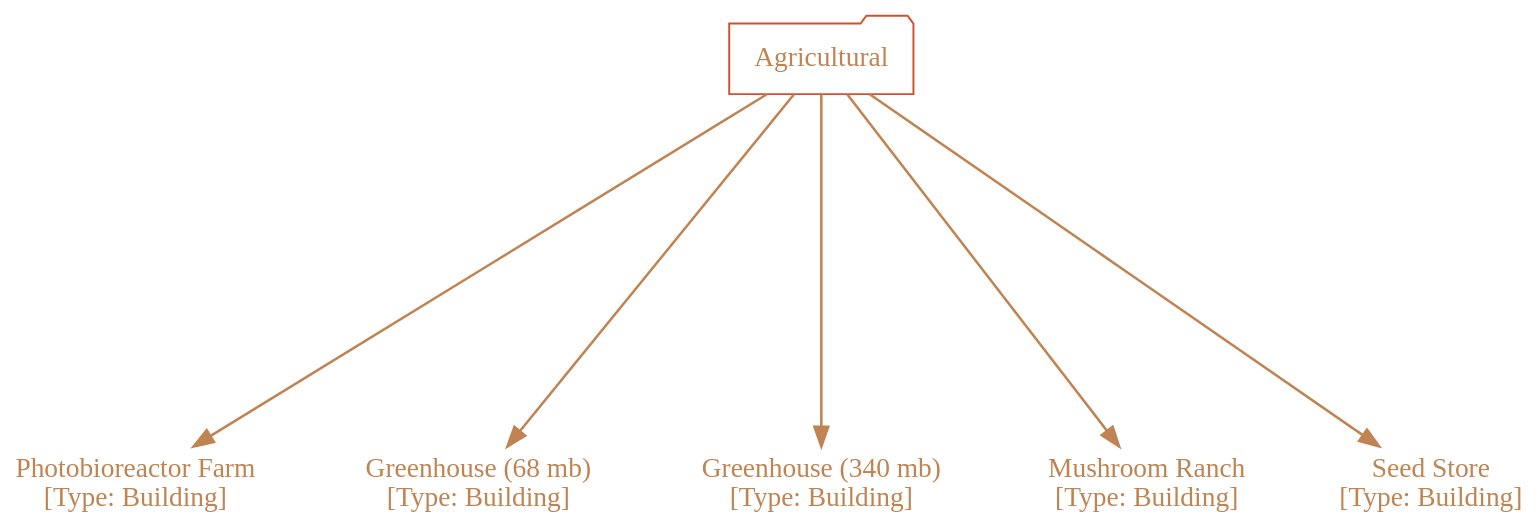
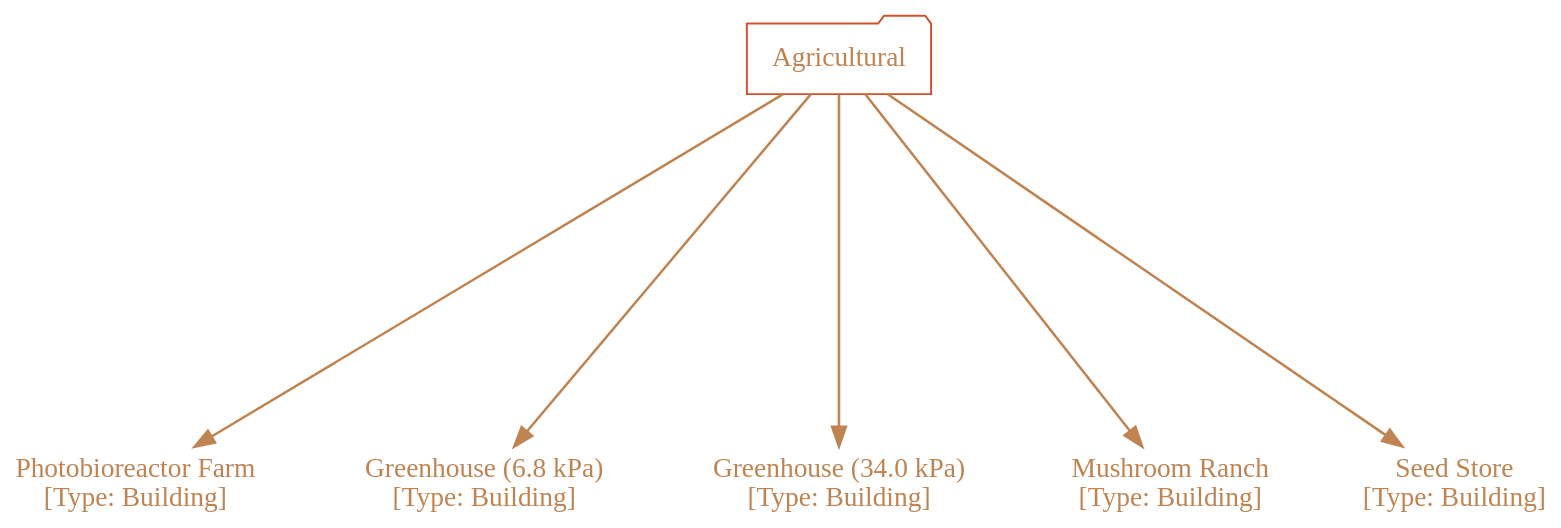
Before and after one commit to cartesiantheatre/handbook: the diagram in Handbook/Game_Mechanics/Graphviz/Units_User_Basic_Agricultural.dot.gv, drawn with Graphviz. The commit also changed 4 other files, not shown here.

```diff
--- a/Handbook/Game_Mechanics/Graphviz/Units_User_Basic_Agricultural.dot.gv
+++ b/Handbook/Game_Mechanics/Graphviz/Units_User_Basic_Agricultural.dot.gv
@@ -1,49 +1,49 @@
 /*
   This is part of the Avaneya Project Crew Handbook.
   Copyright (C) 2010, 2011, 2012
     Cartesian Theatre.
   See the file License for copying conditions.
   
   To manually compile:
       $ sudo aptitude install graphviz
       $ twopi -Tpdf Units_User_Basic_Agricultural.twopi.gv -o Units_User_Basic_Agricultural.pdf
 */
 
 digraph Units_User_Basic_Agricultural
 {
     // Graph attributes...
 	bgcolor="transparent";
 	margin="0";
 	ratio="auto";
     ranksep="2.5";
     pad="0.5,0.5";
     compound="true";
     overlap="vpsc";
     root="Agricultural";
 
 	// Node attributes...
 	node[color="#d3502dff"];
 	node[fillcolor="gray10"];
     node[fontcolor="#c08453ff"];
     node[fontname="Ubuntu"];
     node[shape="none"]
 	
 	// Edge attributes...
 	edge[color="#c08453ff"];
 	edge[penwidth="1.3"];
 
     // Units...
     "Photobioreactor Farm"[label="Photobioreactor Farm\n[Type: Building]"];
-    "Greenhouse (68 mb)"[label="Greenhouse (68 mb)\n[Type: Building]"];
-    "Greenhouse (340 mb)"[label="Greenhouse (340 mb)\n[Type: Building]"];
+    "Greenhouse (6.8 kPa)"[label="Greenhouse (6.8 kPa)\n[Type: Building]"];
+    "Greenhouse (34.0 kPa)"[label="Greenhouse (34.0 kPa)\n[Type: Building]"];
     "Mushroom Ranch"[label="Mushroom Ranch\n[Type: Building]"];
     "Seed Store"[label="Seed Store\n[Type: Building]"];
 
     // Categorical relations, but not build dependencies...
     "Agricultural"[shape="folder"];
         "Agricultural" -> "Photobioreactor Farm";
-        "Agricultural" -> "Greenhouse (68 mb)";
-        "Agricultural" -> "Greenhouse (340 mb)";
+        "Agricultural" -> "Greenhouse (6.8 kPa)";
+        "Agricultural" -> "Greenhouse (34.0 kPa)";
         "Agricultural" -> "Mushroom Ranch";
         "Agricultural" -> "Seed Store";
 }
```
